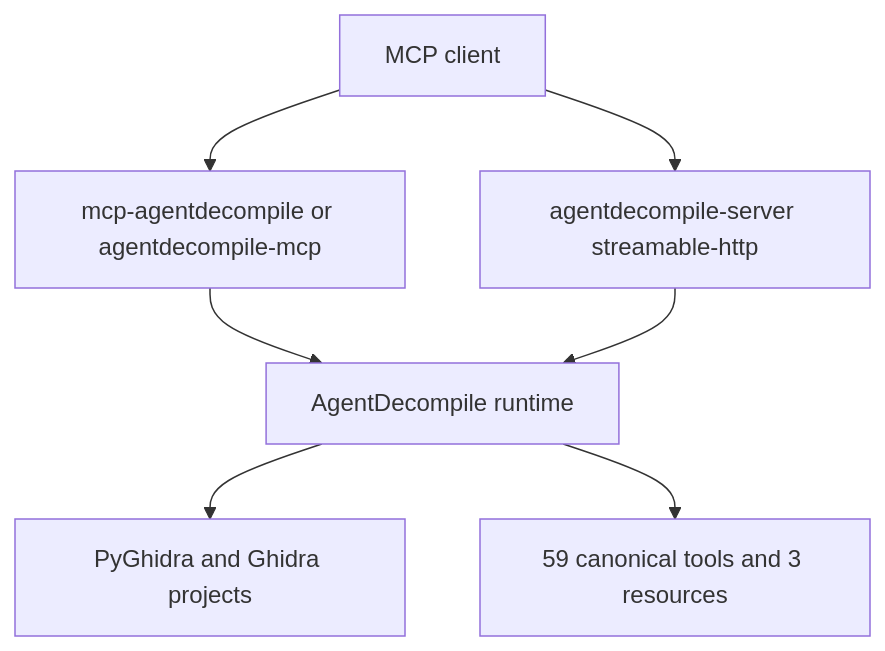
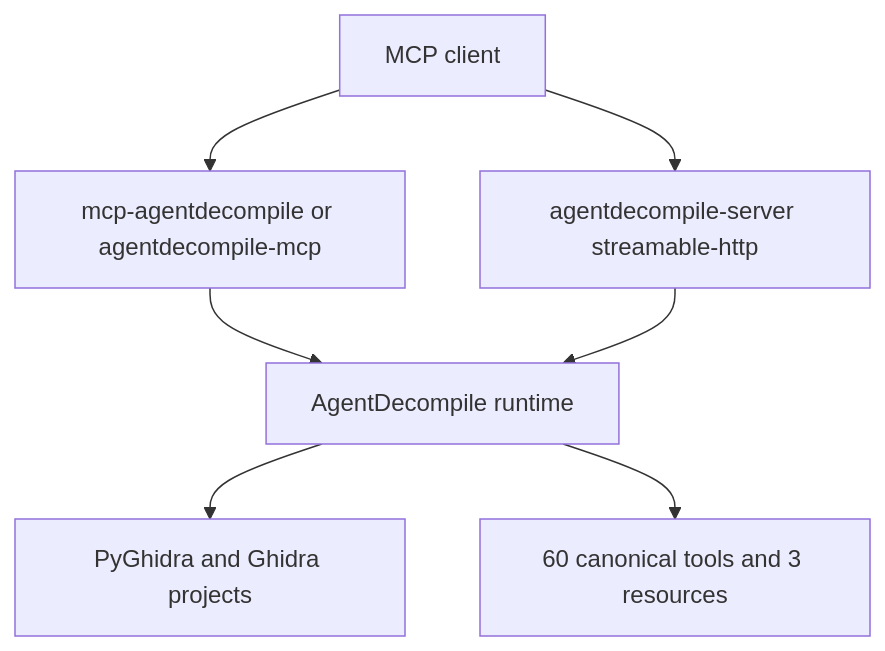
The first of 4 diagrams in README.md (bolabaden/AgentDecompile), drawn with Mermaid before and after one commit. The commit also changed other lines of this file and 51 other files, not shown here.

````diff
--- a/README.md
+++ b/README.md
@@ -9,9 +9,9 @@
 ```mermaid
 flowchart TD
   A[MCP client] --> B[mcp-agentdecompile or agentdecompile-mcp]
   A --> C[agentdecompile-server streamable-http]
   B --> D[AgentDecompile runtime]
   C --> D
   D --> E[PyGhidra and Ghidra projects]
-  D --> F[59 canonical tools and 3 resources]
+  D --> F[60 canonical tools and 3 resources]
 ```
````
